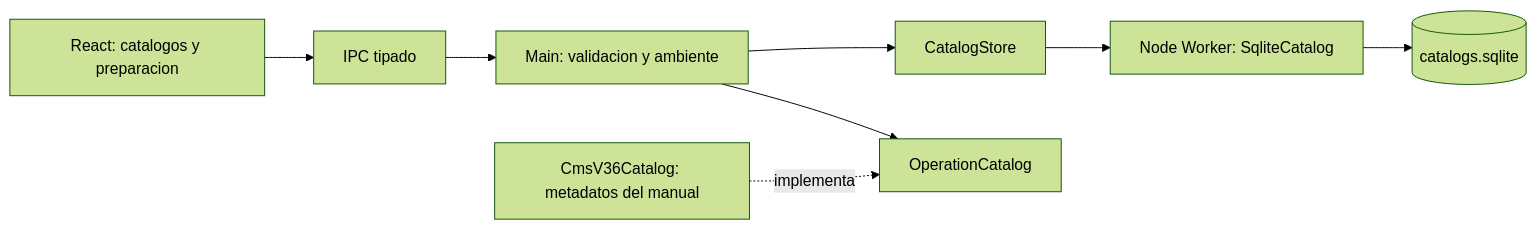
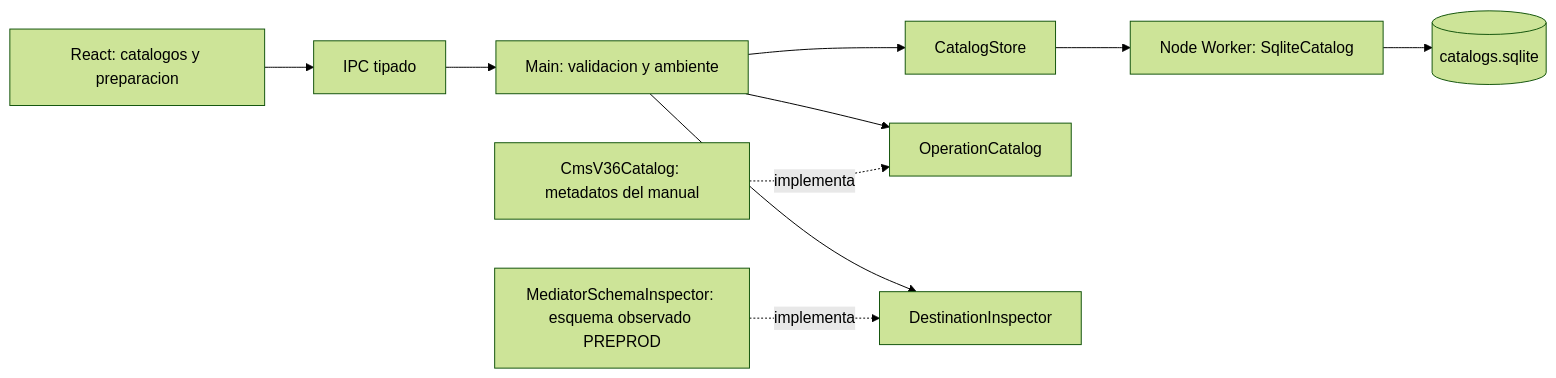
One commit to DerianDev17/SimuladorQa changed the diagram in docs/architecture/COMPONENTS.md. Above: the diagram before and after it, drawn with Mermaid (forest theme). The commit also changed other lines of this file and 20 other files, not shown here.

Commit message:
feat(transactions): assess drafts against inspected Mediator schema

````diff
--- a/docs/architecture/COMPONENTS.md
+++ b/docs/architecture/COMPONENTS.md
@@ -17,10 +20,12 @@
 ```mermaid
 flowchart LR
   Renderer[React: catalogos y preparacion] --> Preload[IPC tipado]
   Preload --> Main[Main: validacion y ambiente]
   Main --> Port[CatalogStore]
   Port --> Worker[Node Worker: SqliteCatalog]
   Worker --> SQLite[(catalogs.sqlite)]
   Main --> OperationPort[OperationCatalog]
   CMS[CmsV36Catalog: metadatos del manual] -. implementa .-> OperationPort
+  Main --> DestinationPort[DestinationInspector]
+  Mediator[MediatorSchemaInspector: esquema observado PREPROD] -. implementa .-> DestinationPort
 ```
````
